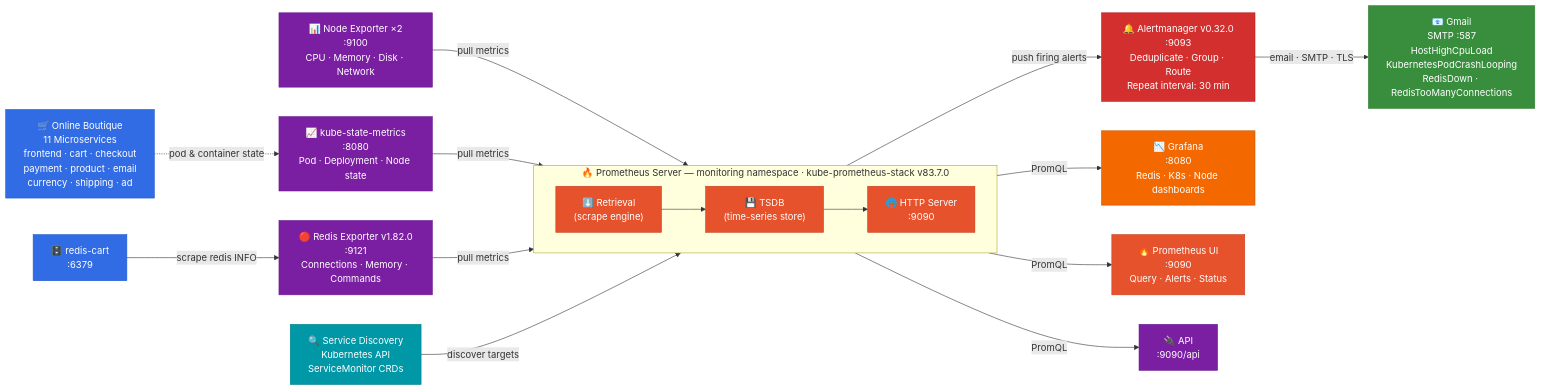
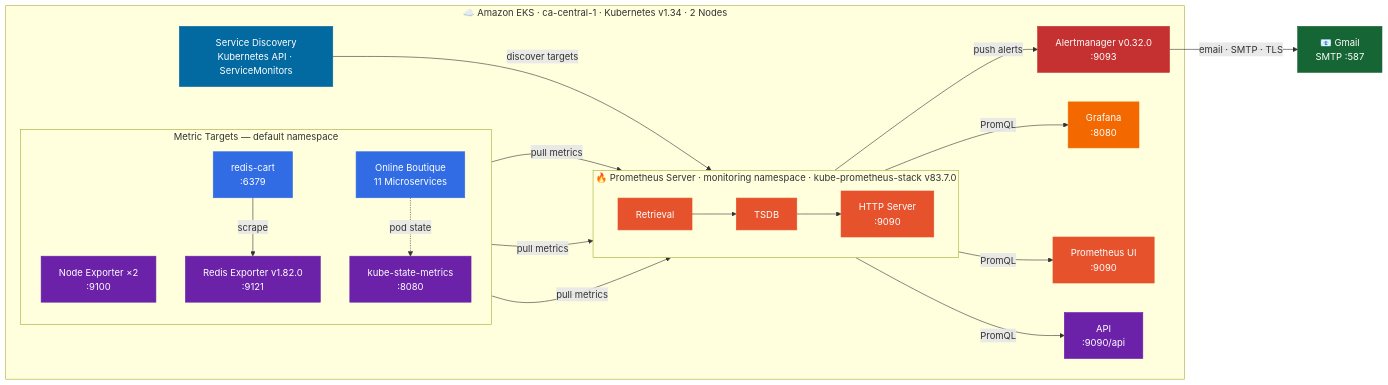
The diagram in README.md (OkomaNdu/microservices-monitoring-with-prometheus-and-grafana-on-eks), drawn with Mermaid before and after one commit.

Commit message:
docs: update architecture diagram and add gitignore for secrets

````diff
--- a/README.md
+++ b/README.md
@@ -69,53 +69,45 @@
 ```mermaid
 flowchart LR
-    classDef app      fill:#326CE5,color:#fff,stroke:#1a56cc
-    classDef prom     fill:#E6522C,color:#fff,stroke:#c43d1a
-    classDef grafana  fill:#F46800,color:#fff,stroke:#c45500
-    classDef alert    fill:#D32F2F,color:#fff,stroke:#b71c1c
-    classDef exporter fill:#7B1FA2,color:#fff,stroke:#6a1890
-    classDef external fill:#388E3C,color:#fff,stroke:#2e7d32
-    classDef sd       fill:#0097A7,color:#fff,stroke:#00838F
+    classDef app      fill:#326CE5,color:#fff,stroke:#326CE5
+    classDef prom     fill:#E6522C,color:#fff,stroke:#E6522C
+    classDef grafana  fill:#F46800,color:#fff,stroke:#F46800
+    classDef alert    fill:#C53030,color:#fff,stroke:#C53030
+    classDef exporter fill:#6B21A8,color:#fff,stroke:#6B21A8
+    classDef external fill:#166534,color:#fff,stroke:#166534
+    classDef sd       fill:#0369A1,color:#fff,stroke:#0369A1
 
-    %% ── LEFT col: Metric Targets ──────────────────────────────────────────
-    NE["📊 Node Exporter ×2\n:9100\nCPU · Memory · Disk · Network"]:::exporter
-    KSM["📈 kube-state-metrics\n:8080\nPod · Deployment · Node state"]:::exporter
-    REXP["🔴 Redis Exporter v1.82.0\n:9121\nConnections · Memory · Commands"]:::exporter
-    MS["🛒 Online Boutique\n11 Microservices\nfrontend · cart · checkout\npayment · product · email\ncurrency · shipping · ad"]:::app
-    RC["🗄️ redis-cart\n:6379"]:::app
+    subgraph EKS["☁️  Amazon EKS  ·  ca-central-1  ·  Kubernetes v1.34  ·  2 Nodes"]
 
-    %% ── LEFT col: Service Discovery (bottom) ──────────────────────────────
-    SD["🔍 Service Discovery\nKubernetes API\nServiceMonitor CRDs"]:::sd
+        subgraph SRCS["Metric Targets  —  default namespace"]
+            direction TB
+            NE["Node Exporter ×2\n:9100"]:::exporter
+            KSM["kube-state-metrics\n:8080"]:::exporter
+            REXP["Redis Exporter v1.82.0\n:9121"]:::exporter
+            MS["Online Boutique\n11 Microservices"]:::app
+            RC["redis-cart\n:6379"]:::app
+        end
 
-    %% ── CENTER: Prometheus Server ─────────────────────────────────────────
-    subgraph PSRV["🔥  Prometheus Server  —  monitoring namespace  ·  kube-prometheus-stack v83.7.0"]
-        direction LR
-        RET["⬇️ Retrieval\n(scrape engine)"]:::prom
-        TSDB["💾 TSDB\n(time-series store)"]:::prom
-        HTTP["🌐 HTTP Server\n:9090"]:::prom
-        RET --> TSDB --> HTTP
+        SD["Service Discovery\nKubernetes API · ServiceMonitors"]:::sd
+
+        subgraph PROM["🔥  Prometheus Server  ·  monitoring namespace  ·  kube-prometheus-stack v83.7.0"]
+            direction LR
+            RET["Retrieval"]:::prom --> TSDB["TSDB"]:::prom --> HTTP["HTTP Server\n:9090"]:::prom
+        end
+
+        AM["Alertmanager v0.32.0\n:9093"]:::alert
+        GF["Grafana\n:8080"]:::grafana
+        PUI["Prometheus UI\n:9090"]:::prom
+        API["API\n:9090/api"]:::exporter
+
     end
 
-    %% ── RIGHT col: Alerting (top) ─────────────────────────────────────────
-    AM["🔔 Alertmanager v0.32.0\n:9093\nDeduplicate · Group · Route\nRepeat interval: 30 min"]:::alert
-    EMAIL["📧 Gmail\nSMTP :587\nHostHighCpuLoad\nKubernetesPodCrashLooping\nRedisDown · RedisTooManyConnections"]:::external
+    EMAIL["📧 Gmail\nSMTP :587"]:::external
 
-    %% ── RIGHT col: Visualisation (bottom) ────────────────────────────────
-    GF["📉 Grafana\n:8080\nRedis · K8s · Node dashboards"]:::grafana
-    PUI["🔥 Prometheus UI\n:9090\nQuery · Alerts · Status"]:::prom
-    API["🔌 API\n:9090/api"]:::exporter
-
-    %% ── Row 1: Targets ──pull metrics──► Prometheus ──push alerts──► Alertmanager ──► Gmail
-    NE   -->|"pull metrics"| RET
-    KSM  -->|"pull metrics"| RET
-    REXP -->|"pull metrics"| RET
-    MS   -.->|"pod & container state"| KSM
-    RC   -->|"scrape redis INFO"| REXP
-    HTTP -->|"push firing alerts"| AM
-    AM   -->|"email · SMTP · TLS"| EMAIL
-
-    %% ── Row 2: Service Discovery ──discover──► Prometheus ──PromQL──► Grafana · PUI · API
-    SD   -->|"discover targets"| RET
-    HTTP -->|"PromQL"| GF
-    HTTP -->|"PromQL"| PUI
-    HTTP -->|"PromQL"| API
+    NE & KSM & REXP -->|"pull metrics"| RET
+    RC  -->|"scrape"| REXP
+    MS  -.->|"pod state"| KSM
+    SD  -->|"discover targets"| RET
+    HTTP -->|"push alerts"| AM
+    AM  -->|"email · SMTP · TLS"| EMAIL
+    HTTP -->|"PromQL"| GF & PUI & API
 ```
````
